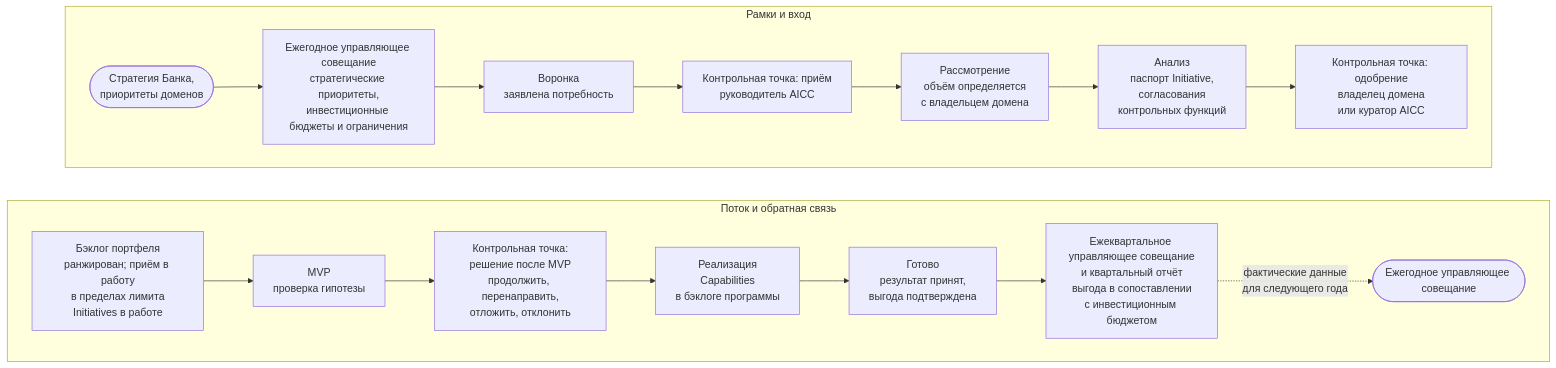
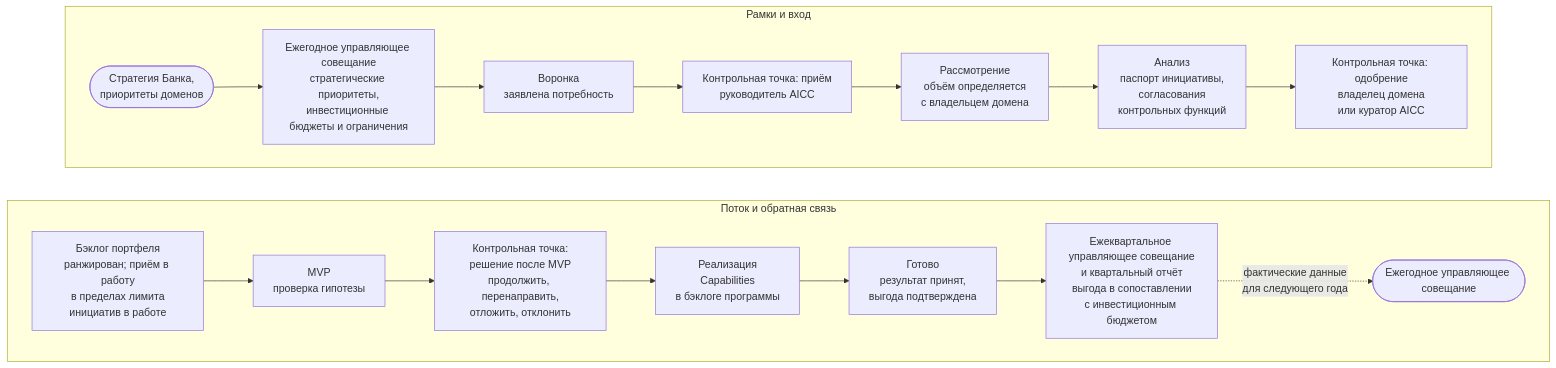
The diagram in portal/content/ru/portfolio/overview.md (devhogu/ob-aicc), drawn with Mermaid before and after one commit. The commit also changed other lines of this file and 150 other files, not shown here.

````diff
--- a/portal/content/ru/portfolio/overview.md
+++ b/portal/content/ru/portfolio/overview.md
@@ -15,22 +15,22 @@
 ```mermaid
 flowchart TB
   subgraph ROW1["Рамки и вход"]
     direction LR
     S(["Стратегия Банка,<br/>приоритеты доменов"]) --> Y["Ежегодное управляющее совещание<br/>стратегические приоритеты,<br/>инвестиционные бюджеты и ограничения"]
     Y --> F["Воронка<br/>заявлена потребность"]
     F --> G1["Контрольная точка: приём<br/>руководитель AICC"]
     G1 --> R["Рассмотрение<br/>объём определяется<br/>с владельцем домена"]
-    R --> AN["Анализ<br/>паспорт Initiative,<br/>согласования<br/>контрольных функций"]
+    R --> AN["Анализ<br/>паспорт инициативы,<br/>согласования<br/>контрольных функций"]
     AN --> G2["Контрольная точка: одобрение<br/>владелец домена<br/>или куратор AICC"]
   end
   subgraph ROW2["Поток и обратная связь"]
     direction LR
-    PB["Бэклог портфеля<br/>ранжирован; приём в работу<br/>в пределах лимита<br/>Initiatives в работе"] --> MV["MVP<br/>проверка гипотезы"]
+    PB["Бэклог портфеля<br/>ранжирован; приём в работу<br/>в пределах лимита<br/>инициатив в работе"] --> MV["MVP<br/>проверка гипотезы"]
     MV --> G3["Контрольная точка:<br/>решение после MVP<br/>продолжить, перенаправить,<br/>отложить, отклонить"]
     G3 --> IM["Реализация<br/>Capabilities<br/>в бэклоге программы"]
     IM --> DN["Готово<br/>результат принят,<br/>выгода подтверждена"]
     DN --> Q["Ежеквартальное управляющее совещание<br/>и квартальный отчёт<br/>выгода в сопоставлении<br/>с инвестиционным бюджетом"]
     Q -.->|"фактические данные<br/>для следующего года"| Y2(["Ежегодное управляющее совещание"])
   end
   ROW1 ~~~ ROW2
 ```
````
